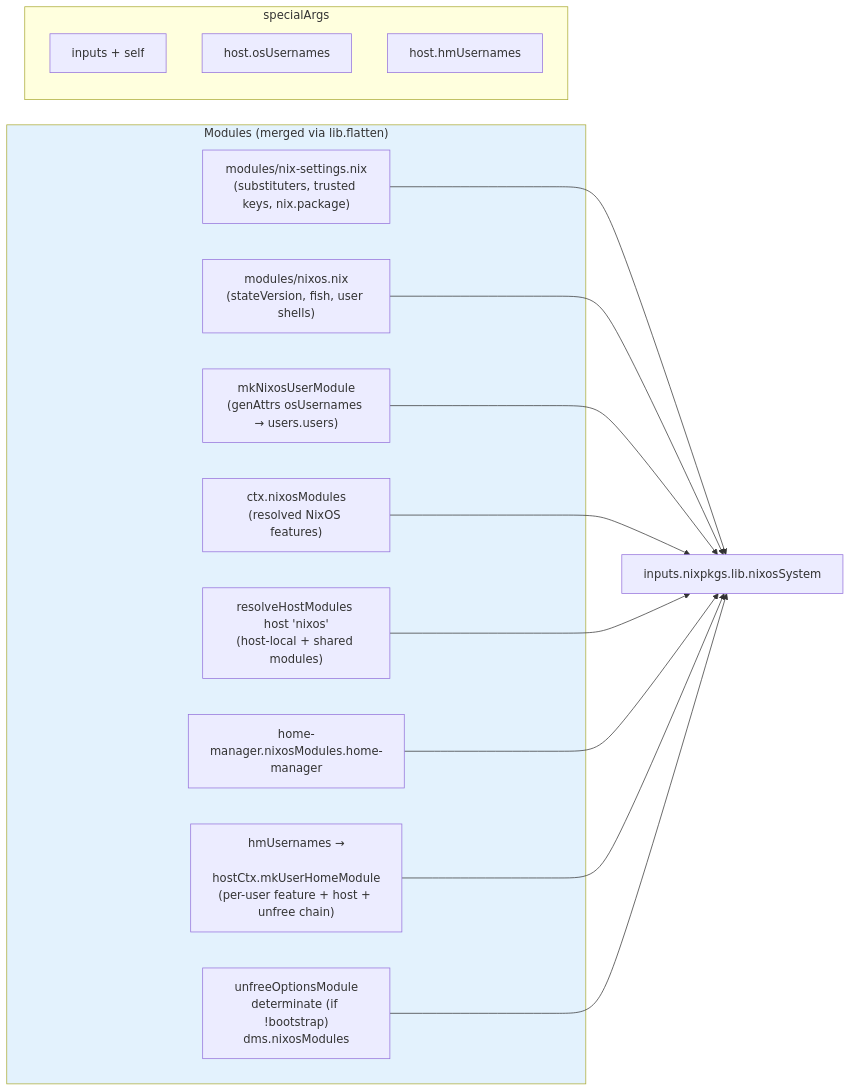
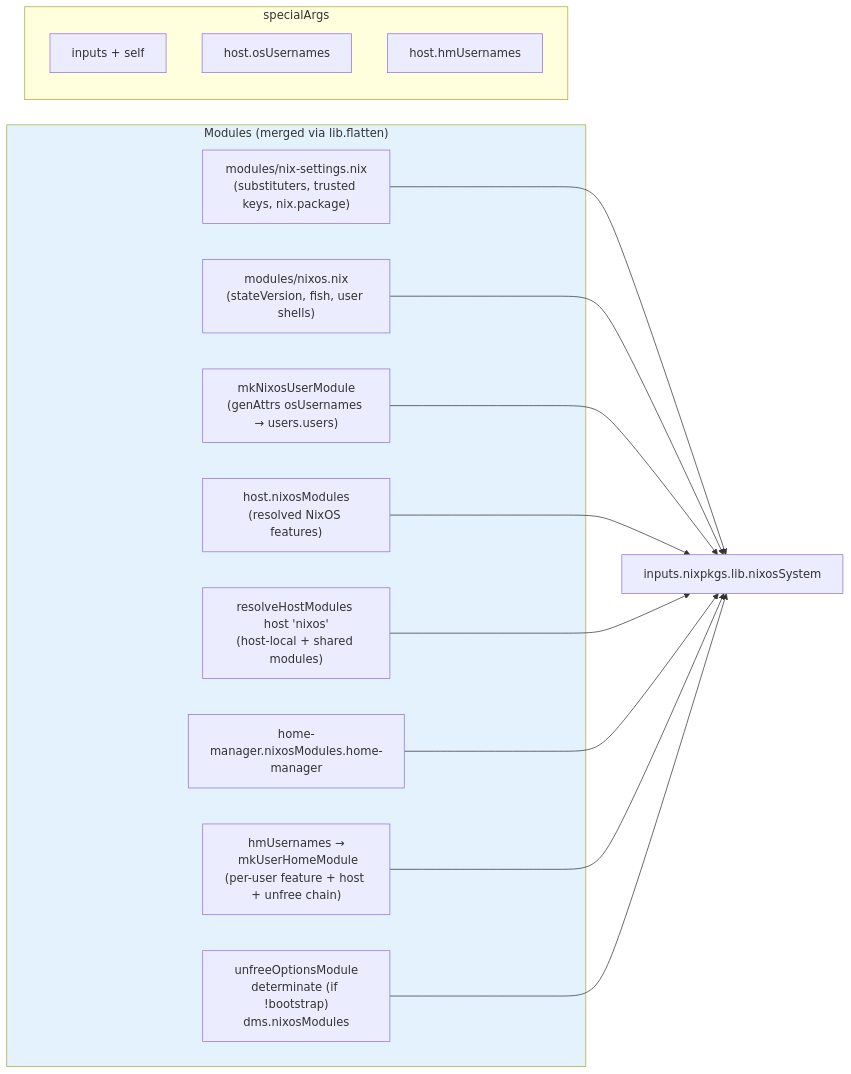
Before and after one commit to WombatFromHell/automatic-palm-tree: the fifth of 8 diagrams in DESIGN.md, drawn with Mermaid. The commit also changed other lines of this file and 19 other files, not shown here.

````diff
--- a/DESIGN.md
+++ b/DESIGN.md
@@ -251,27 +244,27 @@
 ```mermaid
 flowchart LR
     subgraph M["Modules (merged via lib.flatten)"]
         nixSet["modules/nix-settings.nix\n(substituters, trusted keys, nix.package)"]
         nixosMod["modules/nixos.nix\n(stateVersion, fish, user shells)"]
         autoUser["mkNixosUserModule\n(genAttrs osUsernames → users.users)"]
-        featMod["ctx.nixosModules\n(resolved NixOS features)"]
+        featMod["host.nixosModules\n(resolved NixOS features)"]
         hostMod["resolveHostModules host 'nixos'\n(host-local + shared modules)"]
         hmMod["home-manager.nixosModules.home-manager"]
-        hmCfg["hmUsernames →\n hostCtx.mkUserHomeModule\n(per-user feature + host + unfree chain)"]
+        hmCfg["hmUsernames →\n mkUserHomeModule\n(per-user feature + host + unfree chain)"]
         extra["unfreeOptionsModule\ndeterminate (if !bootstrap)\ndms.nixosModules"]
     end
     subgraph SA["specialArgs"]
         inputs["inputs + self"]
         osUsernames["host.osUsernames"]
         hmUsernames["host.hmUsernames"]
     end
     nixSet --> merged["inputs.nixpkgs.lib.nixosSystem"]
     nixosMod --> merged
     autoUser --> merged
     featMod --> merged
     hostMod --> merged
     hmMod --> merged
     hmCfg --> merged
     extra --> merged
     style M fill:#e3f2fd
 ```
````
